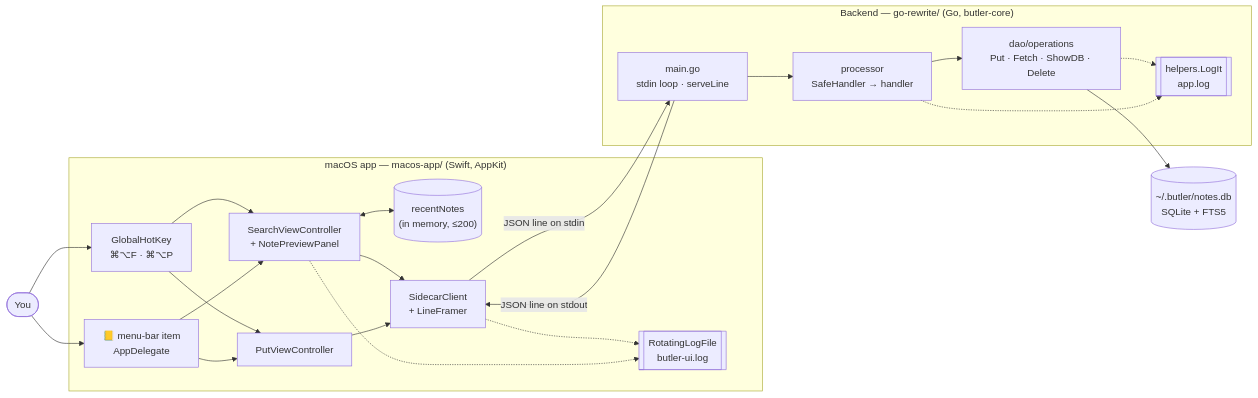
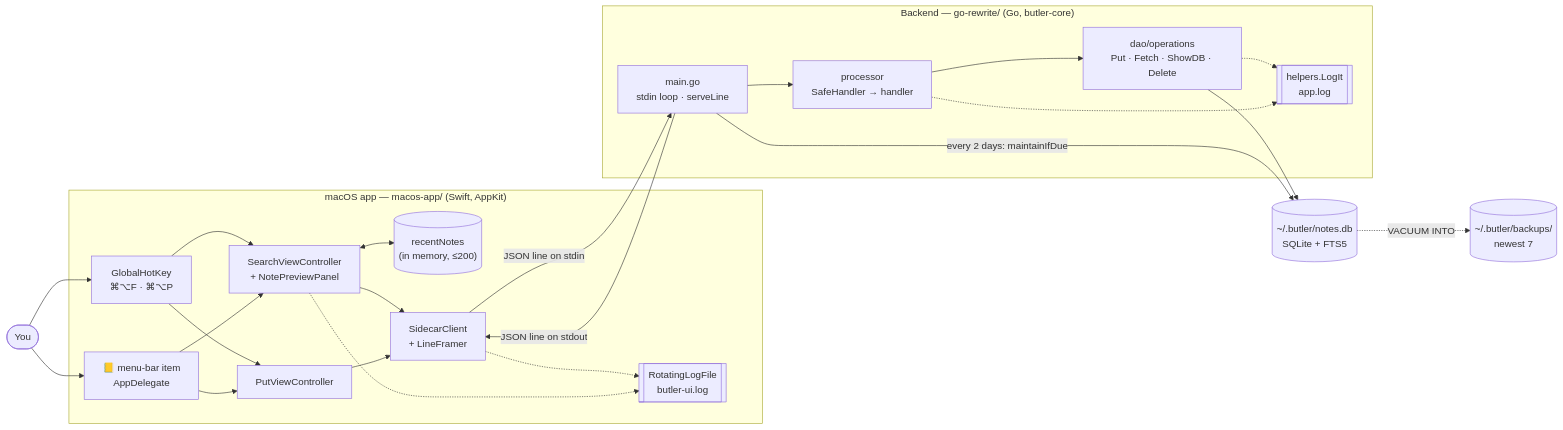
The first of 11 diagrams in DATA_FLOW.md (Rishabh-Hupr/note-taking), drawn with Mermaid before and after one commit. The commit also changed other lines of this file and 4 other files, not shown here.

````diff
--- a/DATA_FLOW.md
+++ b/DATA_FLOW.md
@@ -13,38 +13,41 @@
 ```mermaid
 flowchart LR
     user([You])
 
     subgraph app["macOS app — macos-app/ (Swift, AppKit)"]
         hotkeys["GlobalHotKey<br/>⌘⌥F · ⌘⌥P"]
         menu["📒 menu-bar item<br/>AppDelegate"]
         search["SearchViewController<br/>+ NotePreviewPanel"]
         put["PutViewController"]
         cache[("recentNotes<br/>(in memory, ≤200)")]
         client["SidecarClient<br/>+ LineFramer"]
         uilog[["RotatingLogFile<br/>butler-ui.log"]]
     end
 
     subgraph backend["Backend — go-rewrite/ (Go, butler-core)"]
         loop["main.go<br/>stdin loop · serveLine"]
         proc["processor<br/>SafeHandler → handler"]
         ops["dao/operations<br/>Put · Fetch · ShowDB · Delete"]
         golog[["helpers.LogIt<br/>app.log"]]
     end
 
     db[("~/.butler/notes.db<br/>SQLite + FTS5")]
+    backups[("~/.butler/backups/<br/>newest 7")]
 
     user --> hotkeys
     user --> menu
     hotkeys --> search & put
     menu --> search & put
     search <--> cache
     search --> client
     put --> client
     client -- "JSON line on stdin" --> loop
     loop -- "JSON line on stdout" --> client
     loop --> proc --> ops --> db
+    loop -- "every 2 days: maintainIfDue" --> db
+    db -.->|VACUUM INTO| backups
     client -.-> uilog
     search -.-> uilog
     ops -.-> golog
     proc -.-> golog
 ```
````
